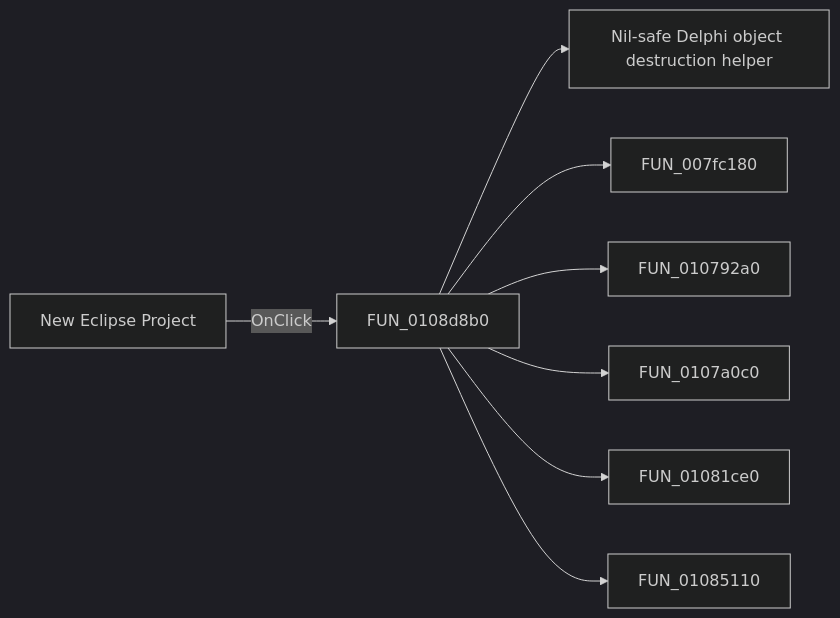
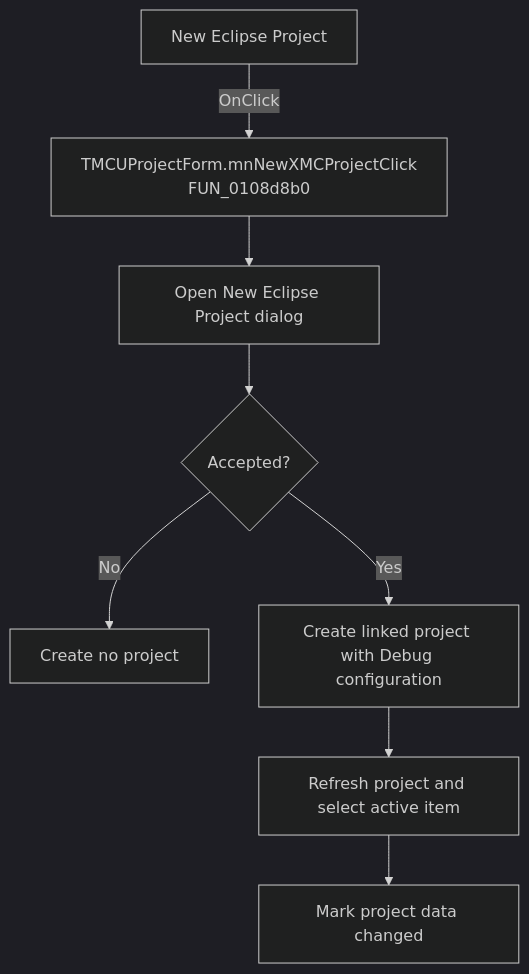
The diagram in docs/ui-controls/mcuprojectform/mnnewxmcproject-61c2f508c6.md (MovGP0/TIARA), drawn with Mermaid (dark theme) before and after one commit. The commit also changed other lines of this file and 1062 other files, not shown here.

````diff
--- a/docs/ui-controls/mcuprojectform/mnnewxmcproject-61c2f508c6.md
+++ b/docs/ui-controls/mcuprojectform/mnnewxmcproject-61c2f508c6.md
@@ -27,10 +27,10 @@
 ```mermaid
-flowchart LR
-    control["New Eclipse Project"] -->|OnClick| handler["FUN_0108d8b0"]
-    handler --> call1["Nil-safe Delphi object destruction helper"]
-    handler --> call2["FUN_007fc180"]
-    handler --> call3["FUN_010792a0"]
-    handler --> call4["FUN_0107a0c0"]
-    handler --> call5["FUN_01081ce0"]
-    handler --> call6["FUN_01085110"]
+flowchart TD
+    control["New Eclipse Project"] -->|OnClick| handler["TMCUProjectForm.mnNewXMCProjectClick<br/>FUN_0108d8b0"]
+    handler --> dialog["Open New Eclipse Project dialog"]
+    dialog --> accepted{"Accepted?"}
+    accepted -->|No| noOp["Create no project"]
+    accepted -->|Yes| create["Create linked project with Debug configuration"]
+    create --> refresh["Refresh project and select active item"]
+    refresh --> dirty["Mark project data changed"]
 ```
````
